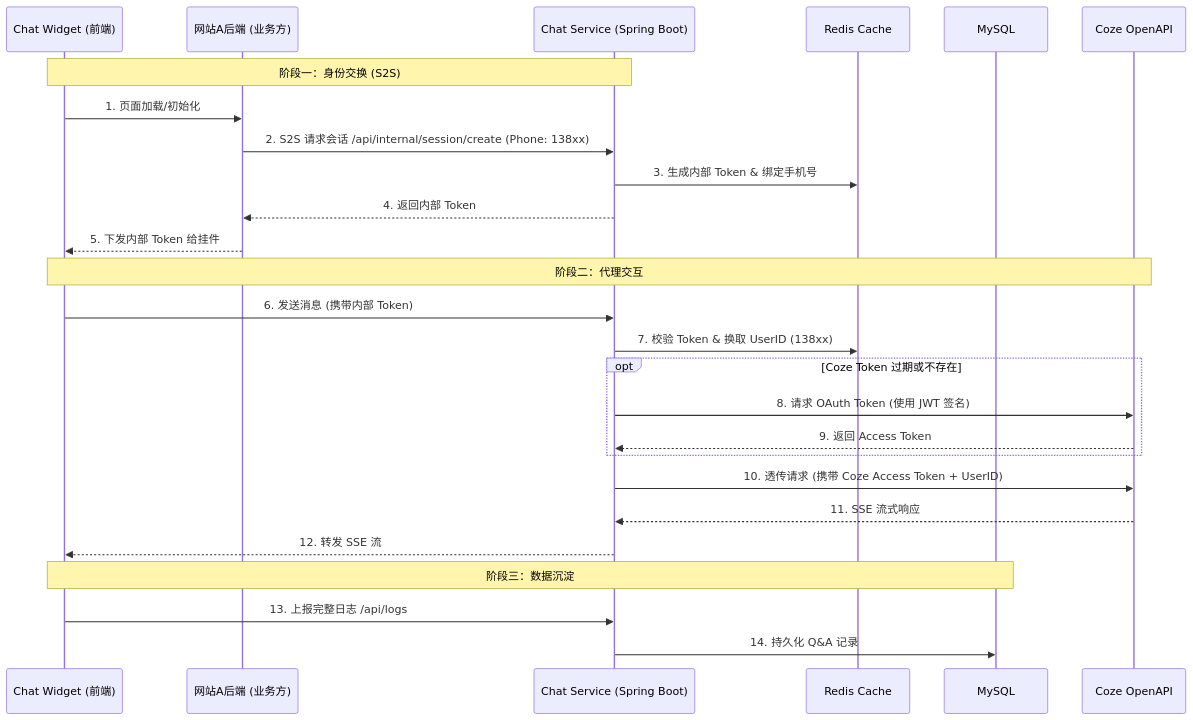
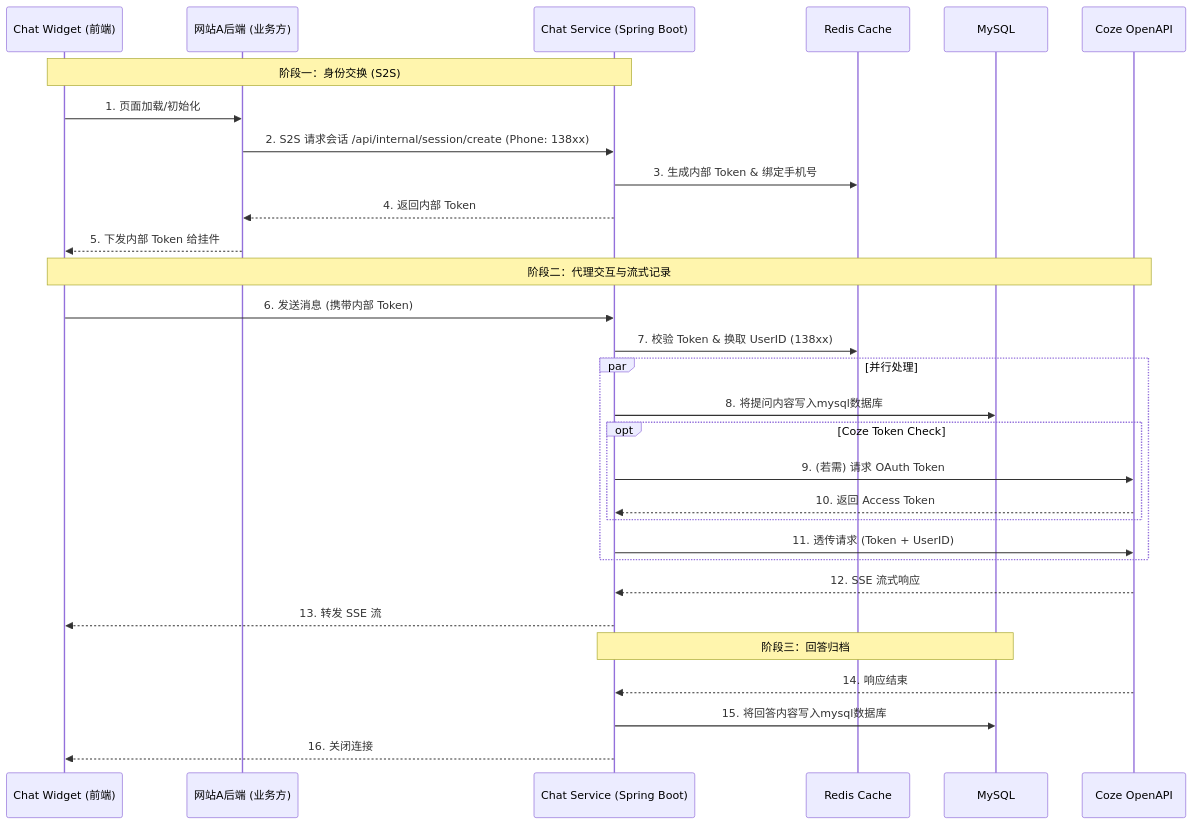
The second of 2 diagrams in docs/整个结构与目标.md (KianaMei/volcano-ai), drawn with Mermaid before and after one commit. The commit also changed other lines of this file and 23 other files, not shown here.

````diff
--- a/docs/整个结构与目标.md
+++ b/docs/整个结构与目标.md
@@ -30,33 +30,37 @@
 ```mermaid
 sequenceDiagram
     participant Widget as Chat Widget (前端)
     participant WebA as 网站A后端 (业务方)
     participant Chat as Chat Service (Spring Boot)
     participant Redis as Redis Cache
     participant DB as MySQL
     participant Coze as Coze OpenAPI
 
     Note over Widget, Chat: 阶段一：身份交换 (S2S)
     Widget->>WebA: 1. 页面加载/初始化
     WebA->>Chat: 2. S2S 请求会话 /api/internal/session/create (Phone: 138xx)
     Chat->>Redis: 3. 生成内部 Token & 绑定手机号
     Chat-->>WebA: 4. 返回内部 Token
     WebA-->>Widget: 5. 下发内部 Token 给挂件
 
-    Note over Widget, Coze: 阶段二：代理交互
+    Note over Widget, Coze: 阶段二：代理交互与流式记录
     Widget->>Chat: 6. 发送消息 (携带内部 Token)
     Chat->>Redis: 7. 校验 Token & 换取 UserID (138xx)
     
-    opt Coze Token 过期或不存在
-        Chat->>Coze: 8. 请求 OAuth Token (使用 JWT 签名)
-        Coze-->>Chat: 9. 返回 Access Token
+    par 并行处理
+        Chat->>DB: 8. 将提问内容写入mysql数据库
+        opt Coze Token Check
+            Chat->>Coze: 9. (若需) 请求 OAuth Token
+            Coze-->>Chat: 10. 返回 Access Token
+        end
+        Chat->>Coze: 11. 透传请求 (Token + UserID)
     end
 
-    Chat->>Coze: 10. 透传请求 (携带 Coze Access Token + UserID)
-    Coze-->>Chat: 11. SSE 流式响应
-    Chat-->>Widget: 12. 转发 SSE 流
+    Coze-->>Chat: 12. SSE 流式响应
+    Chat-->>Widget: 13. 转发 SSE 流
 
-    Note over Widget, DB: 阶段三：数据沉淀
-    Widget->>Chat: 13. 上报完整日志 /api/logs
-    Chat->>DB: 14. 持久化 Q&A 记录
+    Note over Chat, DB: 阶段三：回答归档
+    Coze-->>Chat: 14. 响应结束
+    Chat->>DB: 15. 将回答内容写入mysql数据库
+    Chat-->>Widget: 16. 关闭连接
 ```
````
